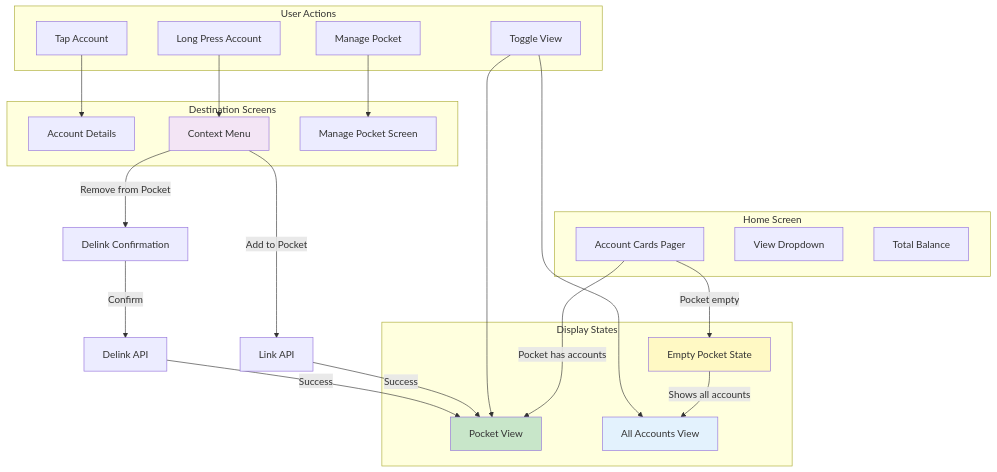
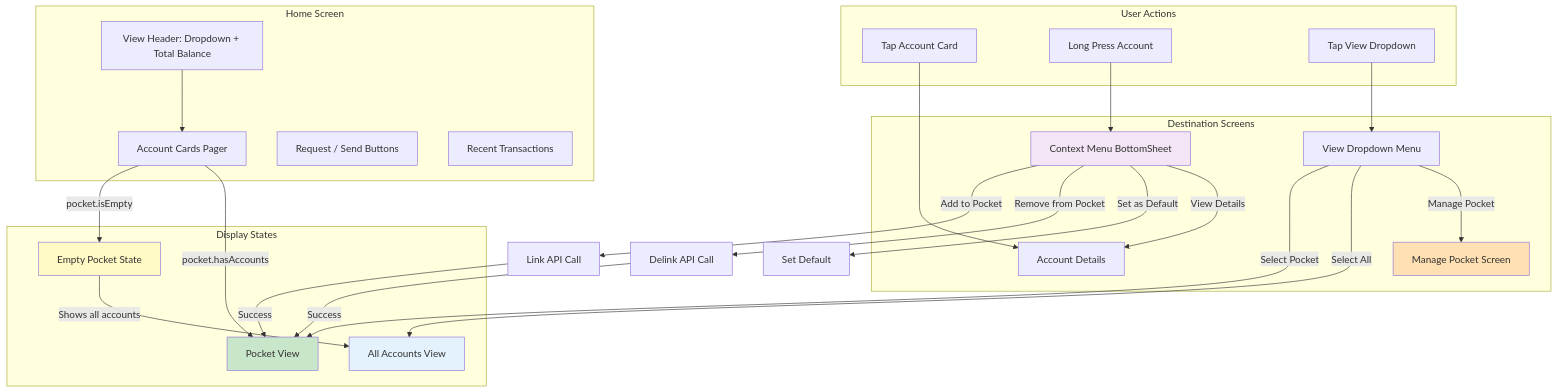
The diagram in mobile-wallet/design-spec-layer/user-flows/flows/FLOW-pocket.md (mobilebytesensei/mifos-x-claude-cycle-workspaces), drawn with Mermaid before and after one commit. The commit also changed other lines of this file, not shown here.

First line of the commit message:
docs(pocket): update flow with implementation details

````diff
--- a/mobile-wallet/design-spec-layer/user-flows/flows/FLOW-pocket.md
+++ b/mobile-wallet/design-spec-layer/user-flows/flows/FLOW-pocket.md
@@ -103,53 +107,61 @@
 ```mermaid
 flowchart TB
     subgraph HomeScreen["Home Screen"]
+        HEADER[View Header: Dropdown + Total Balance]
         PAGER[Account Cards Pager]
-        DROPDOWN[View Dropdown]
-        TOTAL[Total Balance]
+        ACTIONS[Request / Send Buttons]
+        TRANSACTIONS[Recent Transactions]
     end
 
     subgraph PocketStates["Display States"]
         EMPTY_STATE[Empty Pocket State]
         POCKET_VIEW[Pocket View]
         ALL_VIEW[All Accounts View]
     end
 
-    subgraph Actions["User Actions"]
-        TAP[Tap Account]
+    subgraph UserActions["User Actions"]
+        TAP[Tap Account Card]
         LONG_PRESS[Long Press Account]
-        TOGGLE[Toggle View]
-        MANAGE[Manage Pocket]
+        DROPDOWN[Tap View Dropdown]
     end
 
-    subgraph Screens["Destination Screens"]
+    subgraph Destinations["Destination Screens"]
         DETAILS[Account Details]
-        CONTEXT_MENU[Context Menu]
+        CONTEXT_MENU[Context Menu BottomSheet]
+        VIEW_MENU[View Dropdown Menu]
         MANAGE_SCREEN[Manage Pocket Screen]
     end
 
     %% State Logic
-    PAGER -->|"Pocket empty"| EMPTY_STATE
-    PAGER -->|"Pocket has accounts"| POCKET_VIEW
+    HEADER --> PAGER
+    PAGER -->|"pocket.isEmpty"| EMPTY_STATE
+    PAGER -->|"pocket.hasAccounts"| POCKET_VIEW
 
     EMPTY_STATE -->|"Shows all accounts"| ALL_VIEW
 
     %% User Interactions
     TAP --> DETAILS
     LONG_PRESS --> CONTEXT_MENU
-    TOGGLE --> POCKET_VIEW
-    TOGGLE --> ALL_VIEW
-    MANAGE --> MANAGE_SCREEN
+    DROPDOWN --> VIEW_MENU
 
     %% Context Menu Actions
-    CONTEXT_MENU -->|"Add to Pocket"| LINK_API[Link API]
-    CONTEXT_MENU -->|"Remove from Pocket"| DELINK_CONFIRM[Delink Confirmation]
+    CONTEXT_MENU -->|"Add to Pocket"| LINK_API[Link API Call]
+    CONTEXT_MENU -->|"Remove from Pocket"| DELINK_API[Delink API Call]
+    CONTEXT_MENU -->|"Set as Default"| DEFAULT_API[Set Default]
+    CONTEXT_MENU -->|"View Details"| DETAILS
 
+    %% View Menu Actions
+    VIEW_MENU -->|"Select Pocket"| POCKET_VIEW
+    VIEW_MENU -->|"Select All"| ALL_VIEW
+    VIEW_MENU -->|"Manage Pocket"| MANAGE_SCREEN
+
+    %% API Results
     LINK_API -->|"Success"| POCKET_VIEW
-    DELINK_CONFIRM -->|"Confirm"| DELINK_API[Delink API]
     DELINK_API -->|"Success"| POCKET_VIEW
 
     style EMPTY_STATE fill:#fff9c4
     style POCKET_VIEW fill:#c8e6c9
     style ALL_VIEW fill:#e3f2fd
     style CONTEXT_MENU fill:#f3e5f5
+    style MANAGE_SCREEN fill:#ffe0b2
 ```
````
